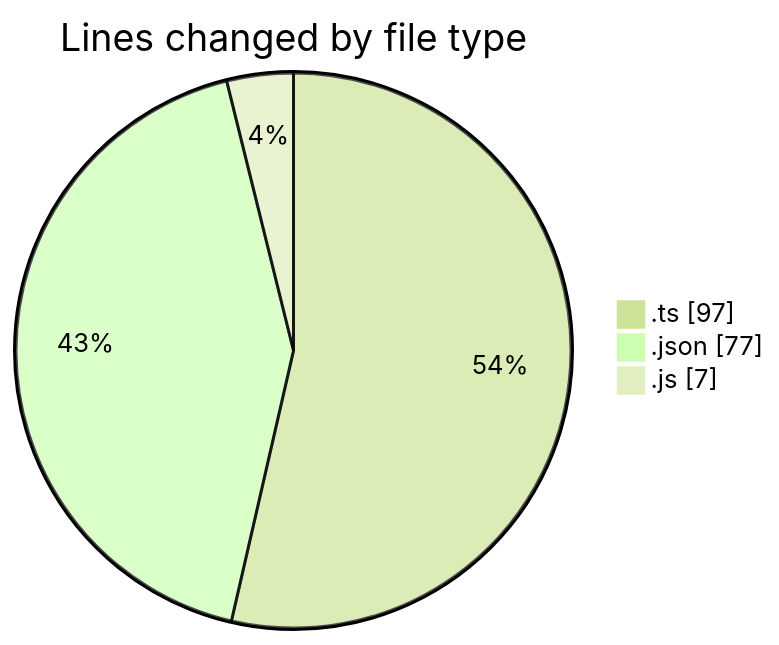
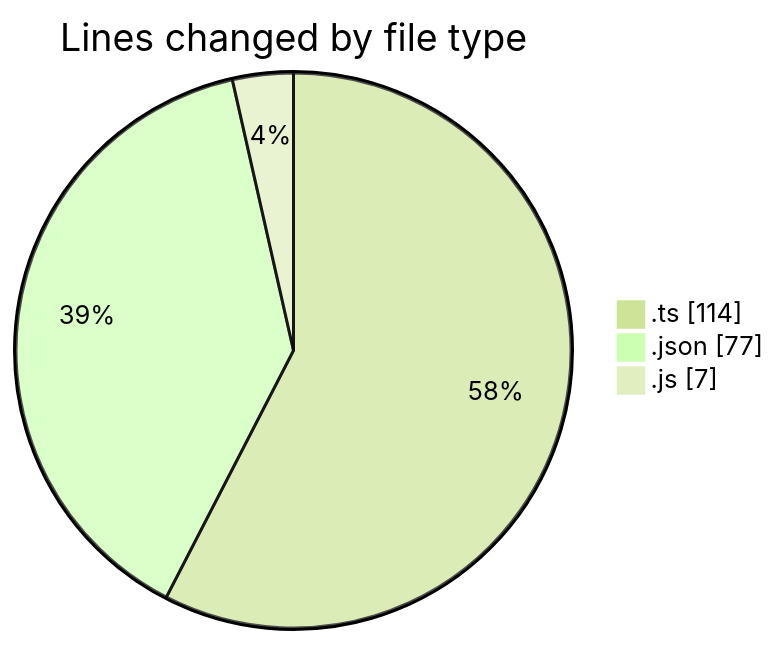
One commit to igalym/code-tracking changed the first of 2 diagrams in 2026-03-02/typescript/README.md. Above: the diagram before and after it, drawn with Mermaid (forest theme). The commit also changed other lines of this file and 1 other file, not shown here.

````diff
--- a/2026-03-02/typescript/README.md
+++ b/2026-03-02/typescript/README.md
@@ -24,7 +24,7 @@
 ```mermaid
 pie showData
 title Lines changed by file type
-".ts" : 97
+".ts" : 114
 ".json" : 77
 ".js" : 7
 ```
````
